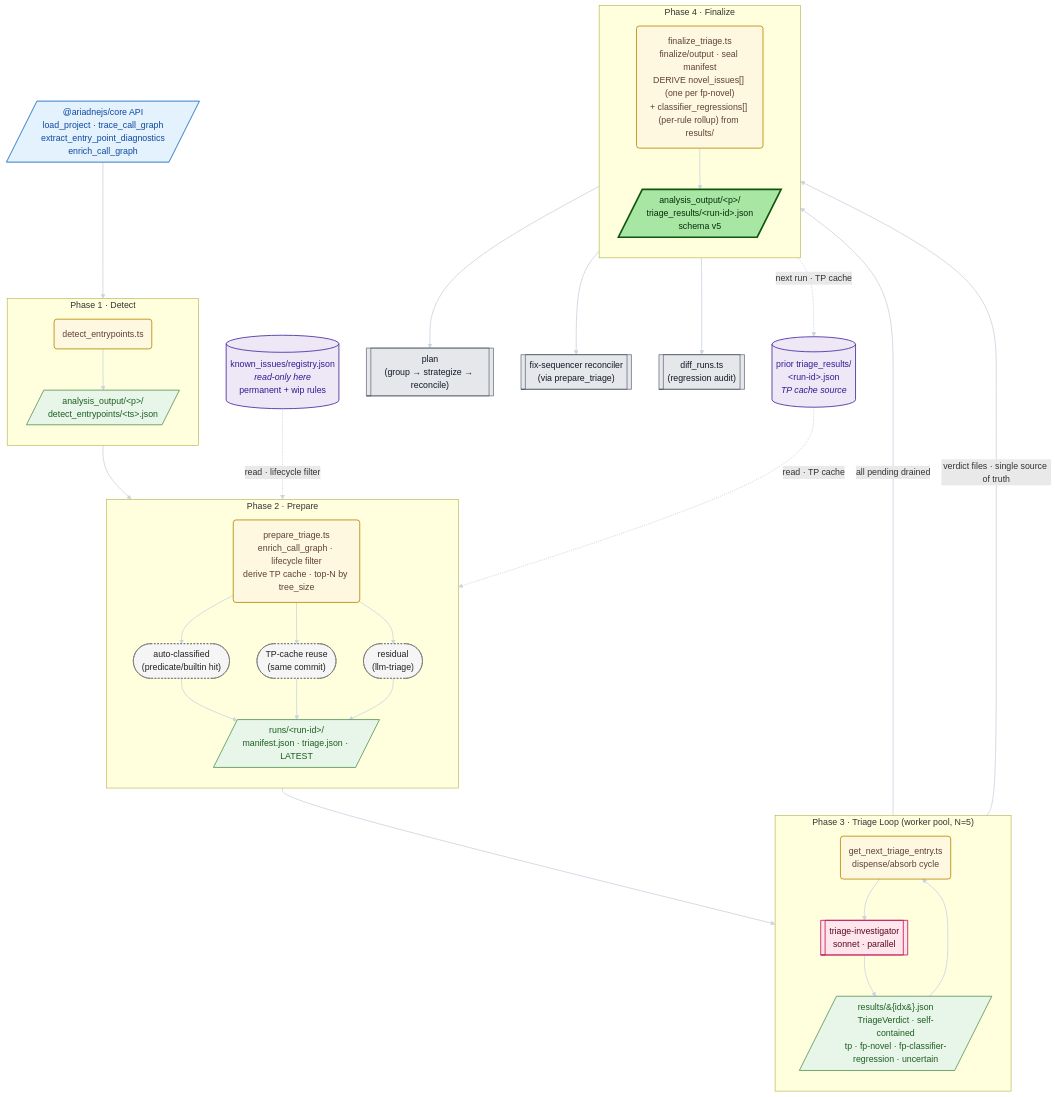
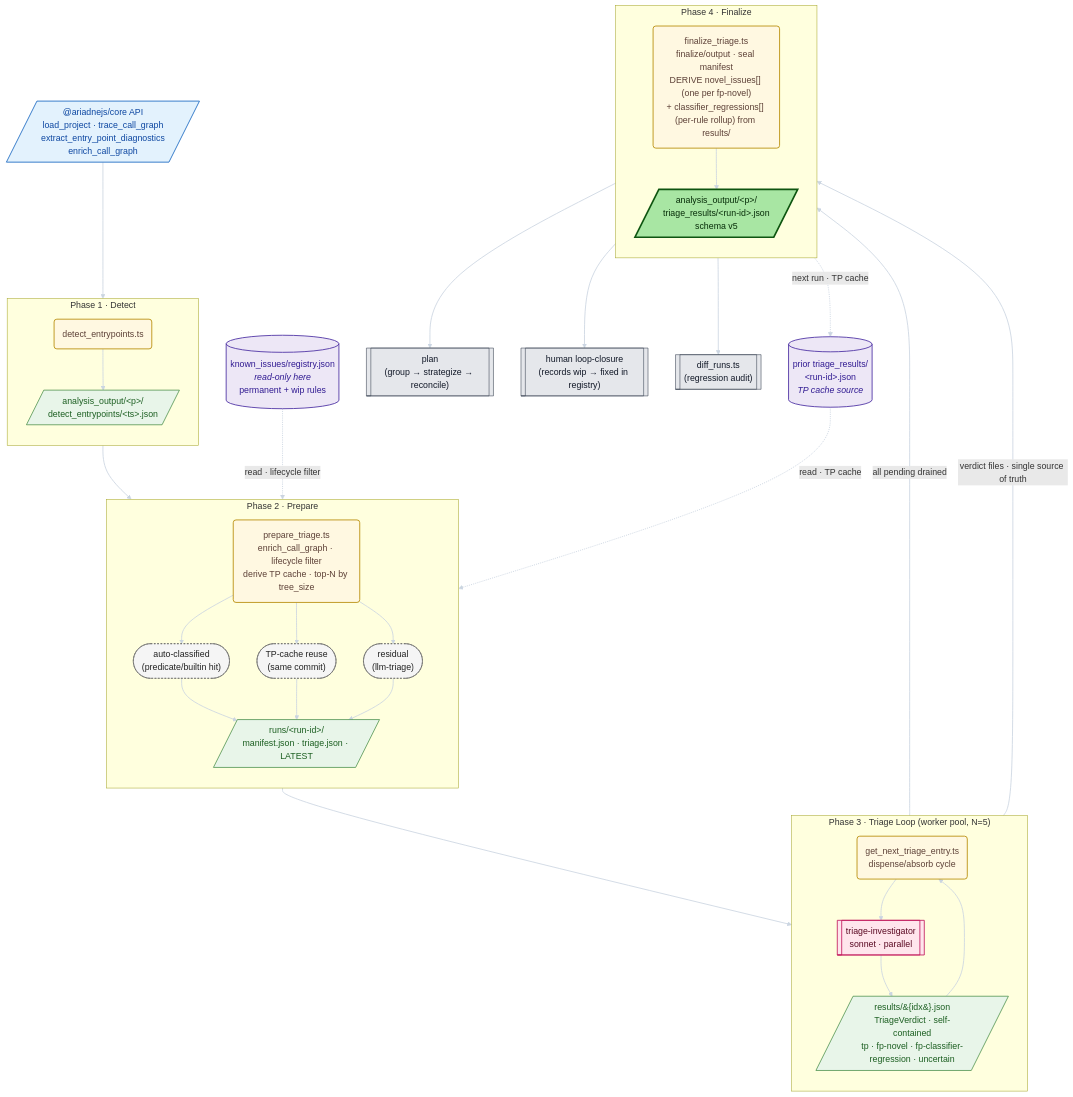
One commit to CRJFisher/ariadne changed the diagram in .claude/skills/triage/README.per-step.mmd. Above: the diagram before and after it, drawn with Mermaid. The commit also changed 96 other files, not shown here.

```diff
--- a/.claude/skills/triage/README.per-step.mmd
+++ b/.claude/skills/triage/README.per-step.mmd
@@ -1,73 +1,73 @@
 flowchart TD
   classDef ext        fill:#e3f2fd,stroke:#1565c0,stroke-width:1.5px,color:#0d47a1
   classDef store      fill:#ede7f6,stroke:#4527a0,stroke-width:1.5px,color:#311b92
   classDef artifact   fill:#e8f5e9,stroke:#2e7d32,stroke-width:1.2px,color:#1b5e20
   classDef step       fill:#fff8e1,stroke:#b58900,stroke-width:1.5px,color:#5d4037
   classDef agent      fill:#ffe5ec,stroke:#c2185b,stroke-width:1.5px,color:#5a0922
   classDef inter      fill:#f5f5f5,stroke:#616161,stroke-width:1px,color:#212121,stroke-dasharray:3 3
   classDef published  fill:#a8e6a3,stroke:#0e5510,stroke-width:3px,color:#062c08
   classDef downstream fill:#e5e7eb,stroke:#374151,stroke-width:1px,color:#111827
 
   CORE[/"@ariadnejs/core API<br/>load_project · trace_call_graph<br/>extract_entry_point_diagnostics<br/>enrich_call_graph"/]:::ext
 
   REG[("known_issues/registry.json<br/><i>read-only here</i><br/>permanent + wip rules")]:::store
   PRIOR[("prior triage_results/<br/>&lt;run-id&gt;.json<br/><i>TP cache source</i>")]:::store
 
   subgraph P1["Phase 1 · Detect"]
     direction TB
     S1("detect_entrypoints.ts"):::step
     A1[/"analysis_output/&lt;p&gt;/<br/>detect_entrypoints/&lt;ts&gt;.json"/]:::artifact
   end
 
   subgraph P2["Phase 2 · Prepare"]
     direction TB
     S2("prepare_triage.ts<br/>enrich_call_graph · lifecycle filter<br/>derive TP cache · top-N by tree_size"):::step
     I_AUTO(["auto-classified<br/>(predicate/builtin hit)"]):::inter
     I_TP(["TP-cache reuse<br/>(same commit)"]):::inter
     I_RES(["residual<br/>(llm-triage)"]):::inter
     A2[/"runs/&lt;run-id&gt;/<br/>manifest.json · triage.json · LATEST"/]:::artifact
   end
 
   subgraph P3["Phase 3 · Triage Loop (worker pool, N=5)"]
     direction TB
     S3("get_next_triage_entry.ts<br/>dispense/absorb cycle"):::step
     AG3[["triage-investigator<br/>sonnet · parallel"]]:::agent
     A3[/"results/&#123;idx&#125;.json<br/>TriageVerdict · self-contained<br/>tp · fp-novel · fp-classifier-regression · uncertain"/]:::artifact
   end
 
   subgraph P4["Phase 4 · Finalize"]
     direction TB
     S5("finalize_triage.ts<br/>finalize/output · seal manifest<br/>DERIVE novel_issues[] (one per fp-novel)<br/>+ classifier_regressions[] (per-rule rollup) from results/"):::step
     PUB[/"analysis_output/&lt;p&gt;/<br/>triage_results/&lt;run-id&gt;.json<br/>schema v5"/]:::published
   end
 
   CUR[["plan<br/>(group → strategize → reconcile)"]]:::downstream
-  FX[["fix-sequencer reconciler<br/>(via prepare_triage)"]]:::downstream
+  FX[["human loop-closure<br/>(records wip → fixed in registry)"]]:::downstream
   DIF[["diff_runs.ts<br/>(regression audit)"]]:::downstream
 
   CORE --> S1
   S1 --> A1 --> S2
   REG -. "read · lifecycle filter" .-> S2
   PRIOR -. "read · TP cache" .-> S2
 
   S2 --> I_AUTO
   S2 --> I_TP
   S2 --> I_RES
   I_AUTO --> A2
   I_TP --> A2
   I_RES --> A2
 
   A2 --> S3
   S3 --> AG3 --> A3
   A3 --> S3
   S3 -- "all pending drained" --> S5
   A3 -- "verdict files · single source of truth" --> S5
   S5 --> PUB
 
   PUB --> CUR
   PUB --> FX
   PUB --> DIF
 
   PUB -. "next run · TP cache" .-> PRIOR
 
   linkStyle default stroke:#cbd5e1,stroke-width:1.5px
```
